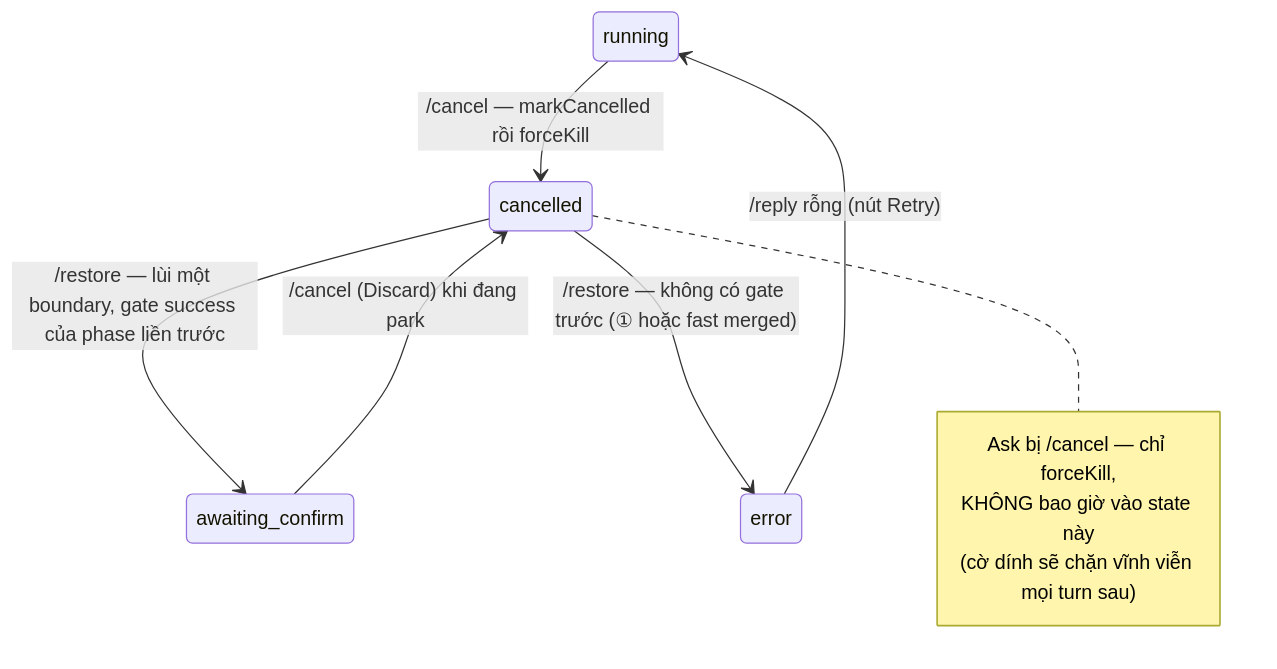
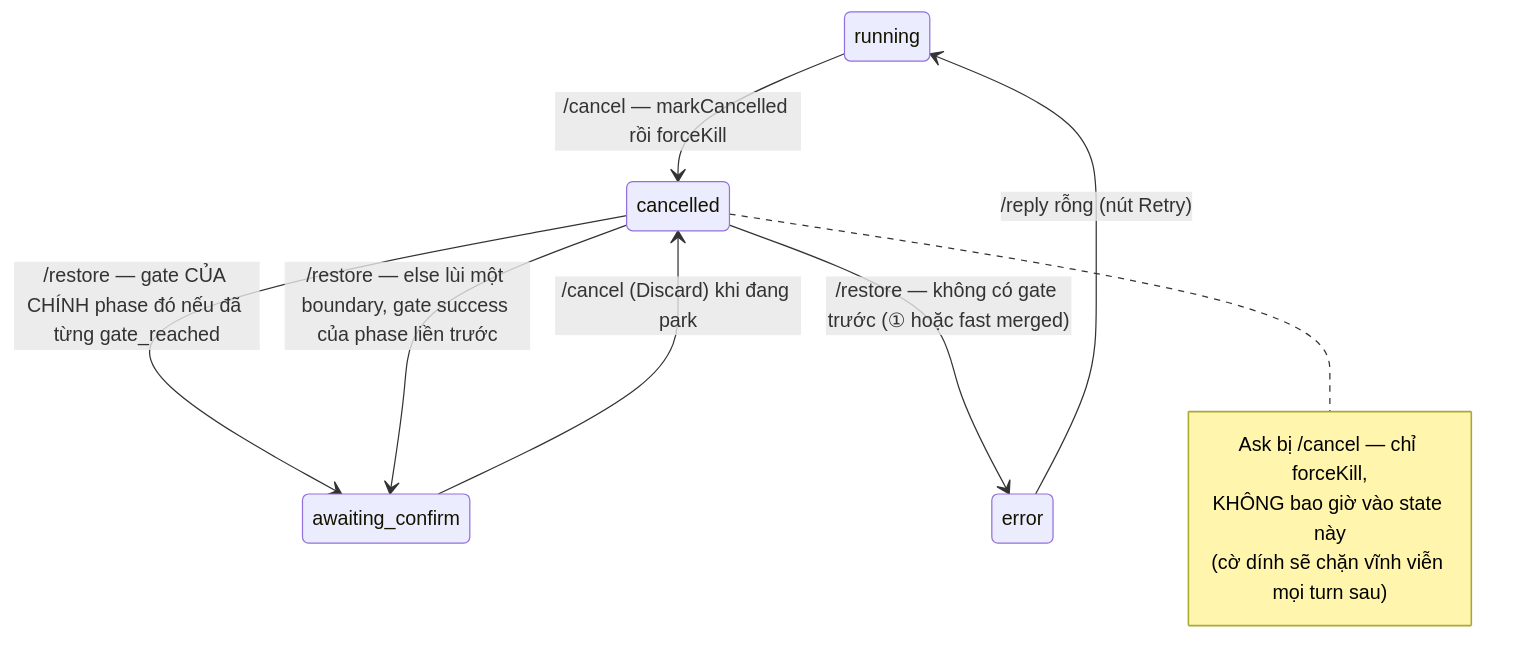
Before and after one commit to QuyenTrungvitalify/dify-projects: the third of 4 diagrams in docs/state/build-lifecycle.md, drawn with Mermaid. The commit also changed other lines of this file and 6 other files, not shown here.

````diff
--- a/docs/state/build-lifecycle.md
+++ b/docs/state/build-lifecycle.md
@@ -307,13 +322,14 @@
 ```mermaid
 stateDiagram-v2
   running --> cancelled: /cancel — markCancelled rồi forceKill
   awaiting_confirm --> cancelled: /cancel (Discard) khi đang park
-  cancelled --> awaiting_confirm: /restore — lùi một boundary, gate success của phase liền trước
+  cancelled --> awaiting_confirm: /restore — gate CỦA CHÍNH phase đó nếu đã từng gate_reached
+  cancelled --> awaiting_confirm: /restore — else lùi một boundary, gate success của phase liền trước
   cancelled --> error: /restore — không có gate trước (① hoặc fast merged)
   error --> running: /reply rỗng (nút Retry)
   note right of cancelled
     Ask bị /cancel — chỉ forceKill,
     KHÔNG bao giờ vào state này
     (cờ dính sẽ chặn vĩnh viễn mọi turn sau)
   end note
 ```
````
